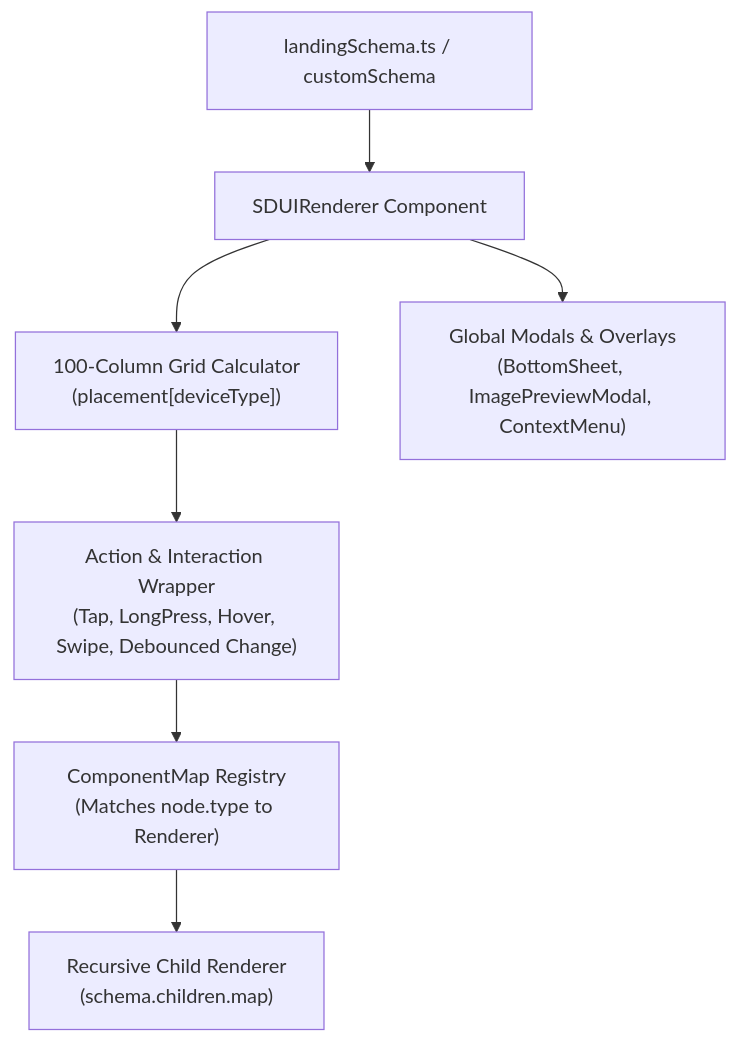
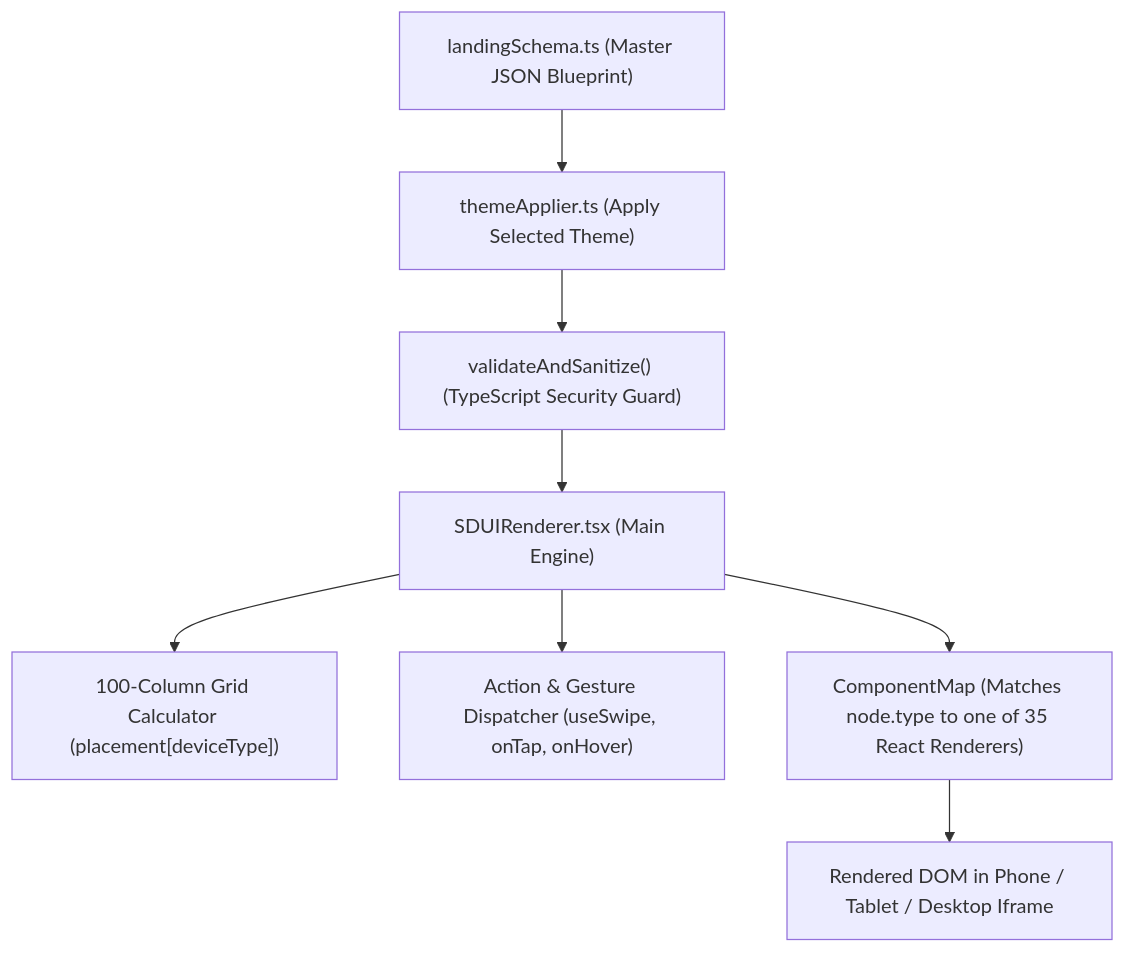
Before and after one commit to Soham3905/campus-commerce-v2: the third of 4 diagrams in implementation.md, drawn with Mermaid. The commit also changed other lines of this file, not shown here.

````diff
--- a/implementation.md
+++ b/implementation.md
@@ -261,9 +210,10 @@
 ```mermaid
 flowchart TD
-    A["landingSchema.ts / customSchema"] --> B["SDUIRenderer Component"]
-    B --> C["100-Column Grid Calculator<br/>(placement[deviceType])"]
-    C --> D["Action & Interaction Wrapper<br/>(Tap, LongPress, Hover, Swipe, Debounced Change)"]
-    D --> E["ComponentMap Registry<br/>(Matches node.type to Renderer)"]
-    E --> F["Recursive Child Renderer<br/>(schema.children.map)"]
-    B --> G["Global Modals & Overlays<br/>(BottomSheet, ImagePreviewModal, ContextMenu)"]
+    A["landingSchema.ts (Master JSON Blueprint)"] --> B["themeApplier.ts (Apply Selected Theme)"]
+    B --> C["validateAndSanitize() (TypeScript Security Guard)"]
+    C --> D["SDUIRenderer.tsx (Main Engine)"]
+    D --> E["100-Column Grid Calculator (placement[deviceType])"]
+    D --> F["Action & Gesture Dispatcher (useSwipe, onTap, onHover)"]
+    D --> G["ComponentMap (Matches node.type to one of 35 React Renderers)"]
+    G --> H["Rendered DOM in Phone / Tablet / Desktop Iframe"]
 ```
````
